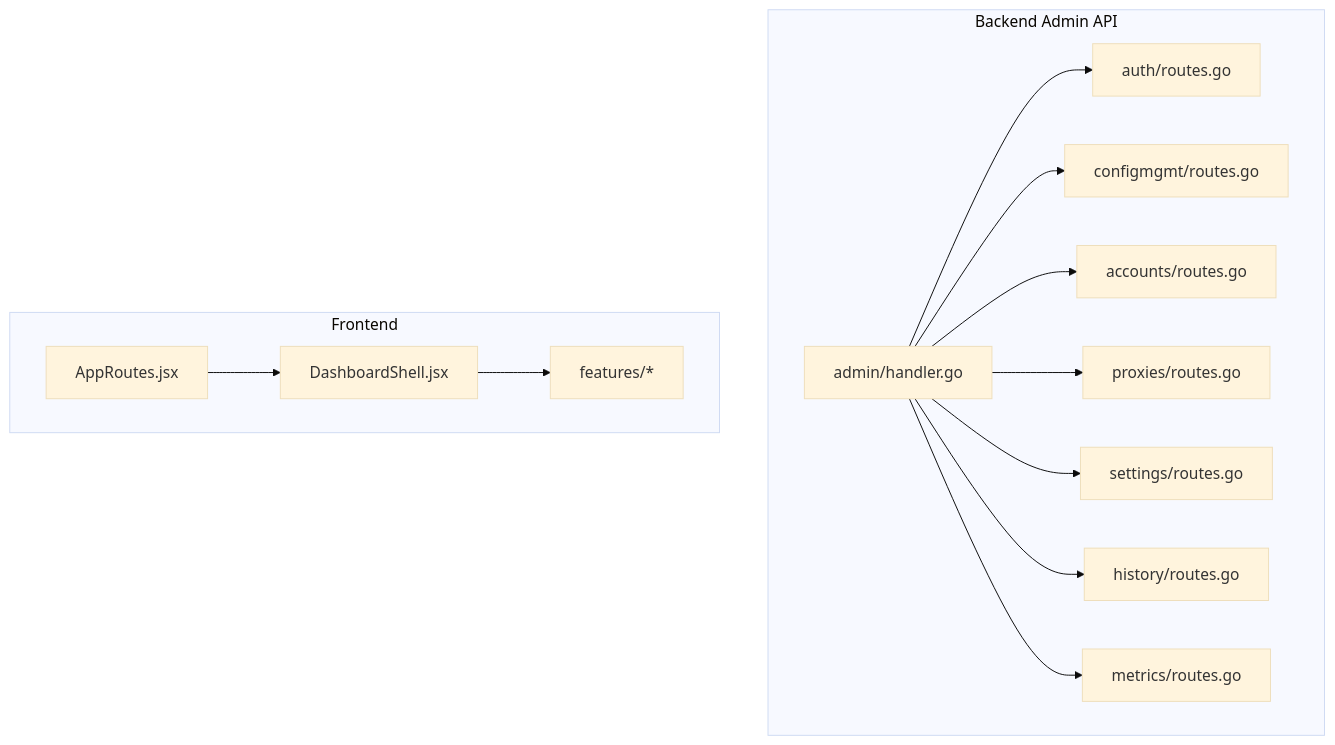
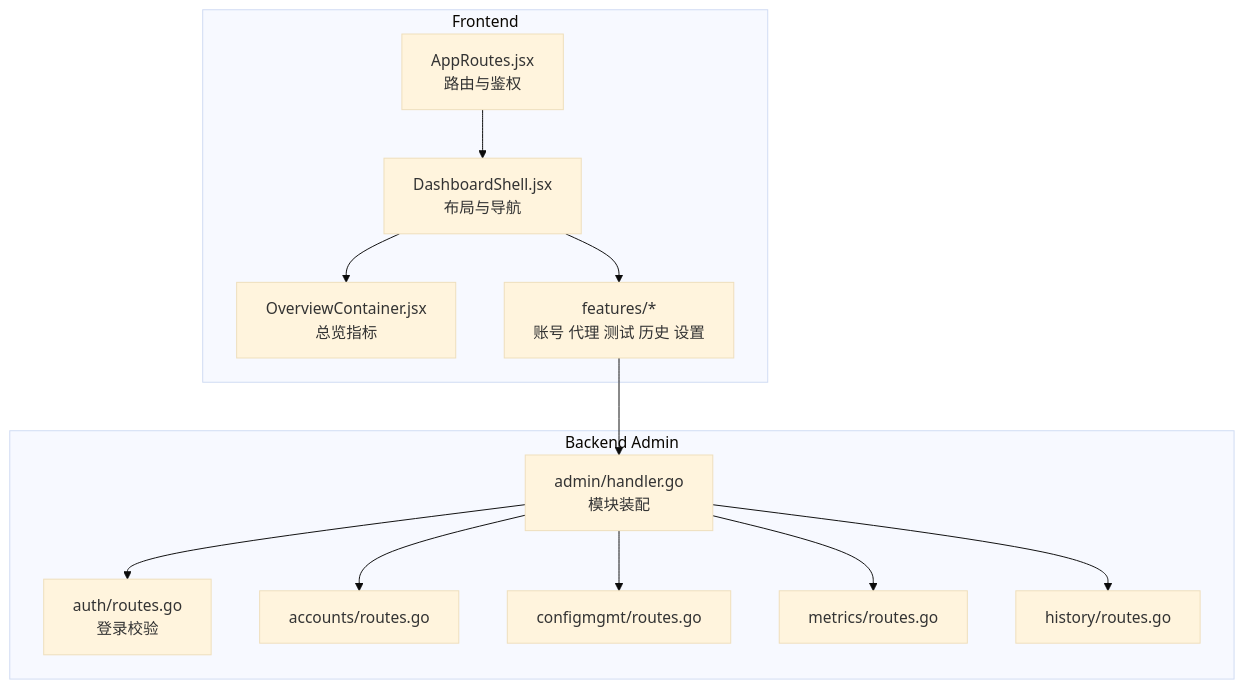
The first of 2 diagrams in docs/Admin WebUI System/Admin WebUI System.md (marklove5102/DeepSeek_Web_To_API), drawn with Mermaid (base theme) before and after one commit. The commit also changed other lines of this file and 27 other files, not shown here.

````diff
--- a/docs/Admin WebUI System/Admin WebUI System.md
+++ b/docs/Admin WebUI System/Admin WebUI System.md
@@ -42,27 +33,26 @@
 ```mermaid
 graph TB
-subgraph "Backend Admin API"
-ADMIN["admin/handler.go"]
-AUTH["auth/routes.go"]
-CFG["configmgmt/routes.go"]
-ACC["accounts/routes.go"]
-PROXY["proxies/routes.go"]
-SET["settings/routes.go"]
-HIST["history/routes.go"]
-MET["metrics/routes.go"]
+subgraph "Frontend"
+APP["AppRoutes.jsx<br/>路由与鉴权"]
+SHELL["DashboardShell.jsx<br/>布局与导航"]
+OVERVIEW["OverviewContainer.jsx<br/>总览指标"]
+FEATURES["features/*<br/>账号 代理 测试 历史 设置"]
 end
-subgraph "Frontend"
-ROUTES["AppRoutes.jsx"]
-SHELL["DashboardShell.jsx"]
-FEATURES["features/*"]
+subgraph "Backend Admin"
+HANDLER["admin/handler.go<br/>模块装配"]
+AUTH["auth/routes.go<br/>登录校验"]
+ACCOUNTS["accounts/routes.go"]
+CONFIG["configmgmt/routes.go"]
+METRICS["metrics/routes.go"]
+HISTORY["history/routes.go"]
 end
-ADMIN --> AUTH
-ADMIN --> CFG
-ADMIN --> ACC
-ADMIN --> PROXY
-ADMIN --> SET
-ADMIN --> HIST
-ADMIN --> MET
-ROUTES --> SHELL
+APP --> SHELL
+SHELL --> OVERVIEW
 SHELL --> FEATURES
+FEATURES --> HANDLER
+HANDLER --> AUTH
+HANDLER --> ACCOUNTS
+HANDLER --> CONFIG
+HANDLER --> METRICS
+HANDLER --> HISTORY
 ```
````
